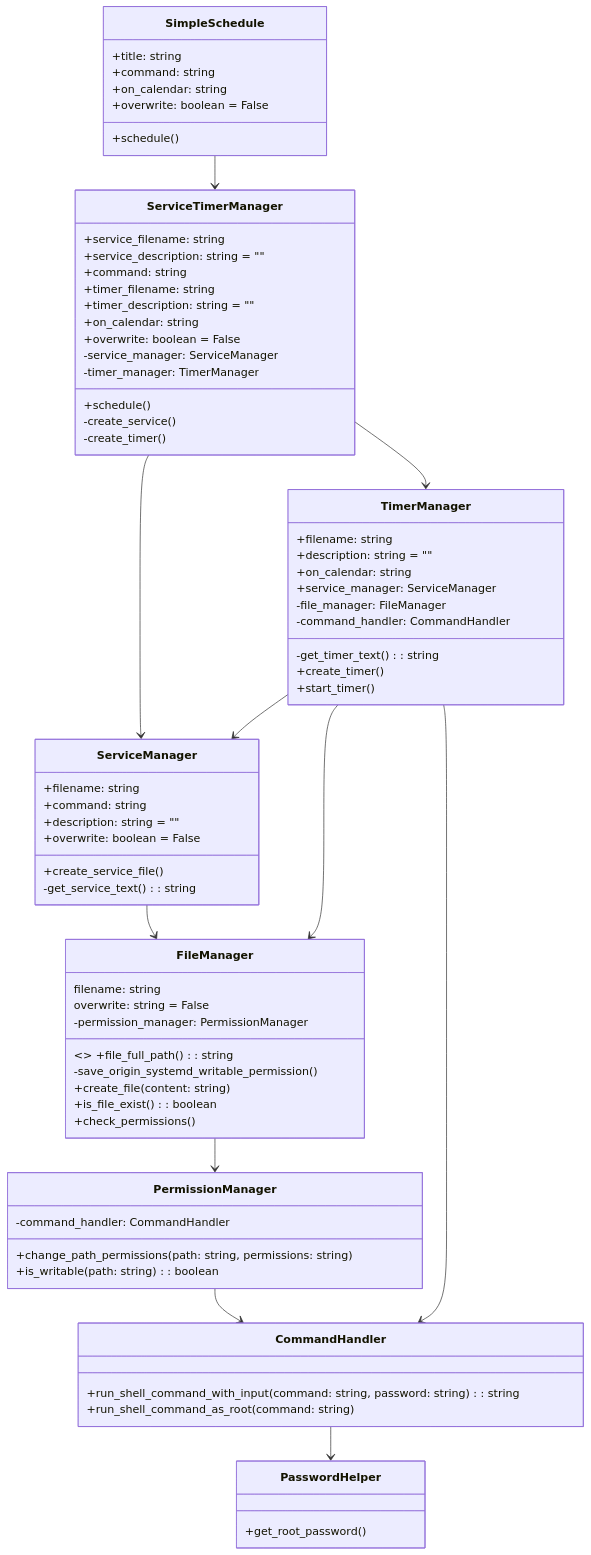
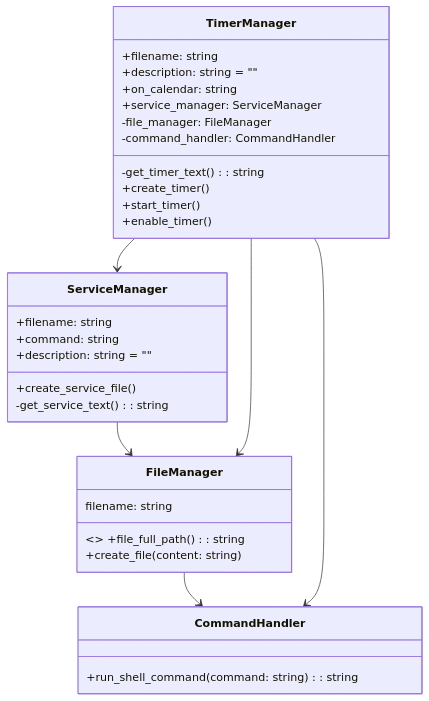
Before and after one commit to hakkm/service-timer: the diagram in README.md, drawn with Mermaid. The commit also changed other lines of this file and 8 other files, not shown here.

````diff
--- a/README.md
+++ b/README.md
@@ -59,37 +53,22 @@
 ```mermaid
 classDiagram
 
-class PasswordHelper{
-    +get_root_password()
+
+class CommandHandler{
+    +run_shell_command(command: string): string
 }
 
-class CommandHandler{
-    +run_shell_command_with_input(command: string, password: string): string
-    +run_shell_command_as_root(command: string)
-}
-
-class PermissionManager{
-    -command_handler: CommandHandler
-    +change_path_permissions(path: string, permissions: string)
-    +is_writable(path: string): boolean
-}
 
 class FileManager{
     filename: string
-    overwrite: string = False
-    -permission_manager: PermissionManager
     <<property>> +file_full_path(): string
-    -save_origin_systemd_writable_permission()
     +create_file(content: string)
-    +is_file_exist(): boolean
-    +check_permissions()
 }
 
 class ServiceManager{
     +filename: string
     +command: string
     +description: string = ""
-    +overwrite: boolean = False
     +create_service_file()
     -get_service_text(): string
 }
@@ -104,40 +83,15 @@
     -get_timer_text(): string
     +create_timer()
     +start_timer()
+    +enable_timer()
 }
 
-class ServiceTimerManager{
-    +service_filename: string
-    +service_description: string = ""
-    +command: string
 
-    +timer_filename: string
-    +timer_description: string = ""
-    +on_calendar: string
-    +overwrite: boolean = False
-    -service_manager: ServiceManager
-    -timer_manager: TimerManager
-    +schedule()
-    -create_service()
-    -create_timer()
-}
-
-class SimpleSchedule{
-    +title: string
-    +command: string
-    +on_calendar: string
-    +overwrite: boolean = False
-    +schedule()
-}
-CommandHandler --> PasswordHelper
-PermissionManager --> CommandHandler
-FileManager --> PermissionManager
+FileManager --> CommandHandler
 ServiceManager --> FileManager
 TimerManager --> ServiceManager
 TimerManager --> FileManager
 TimerManager --> CommandHandler
-ServiceTimerManager --> ServiceManager
-ServiceTimerManager --> TimerManager
-SimpleSchedule --> ServiceTimerManager
+
 
 ```
````
